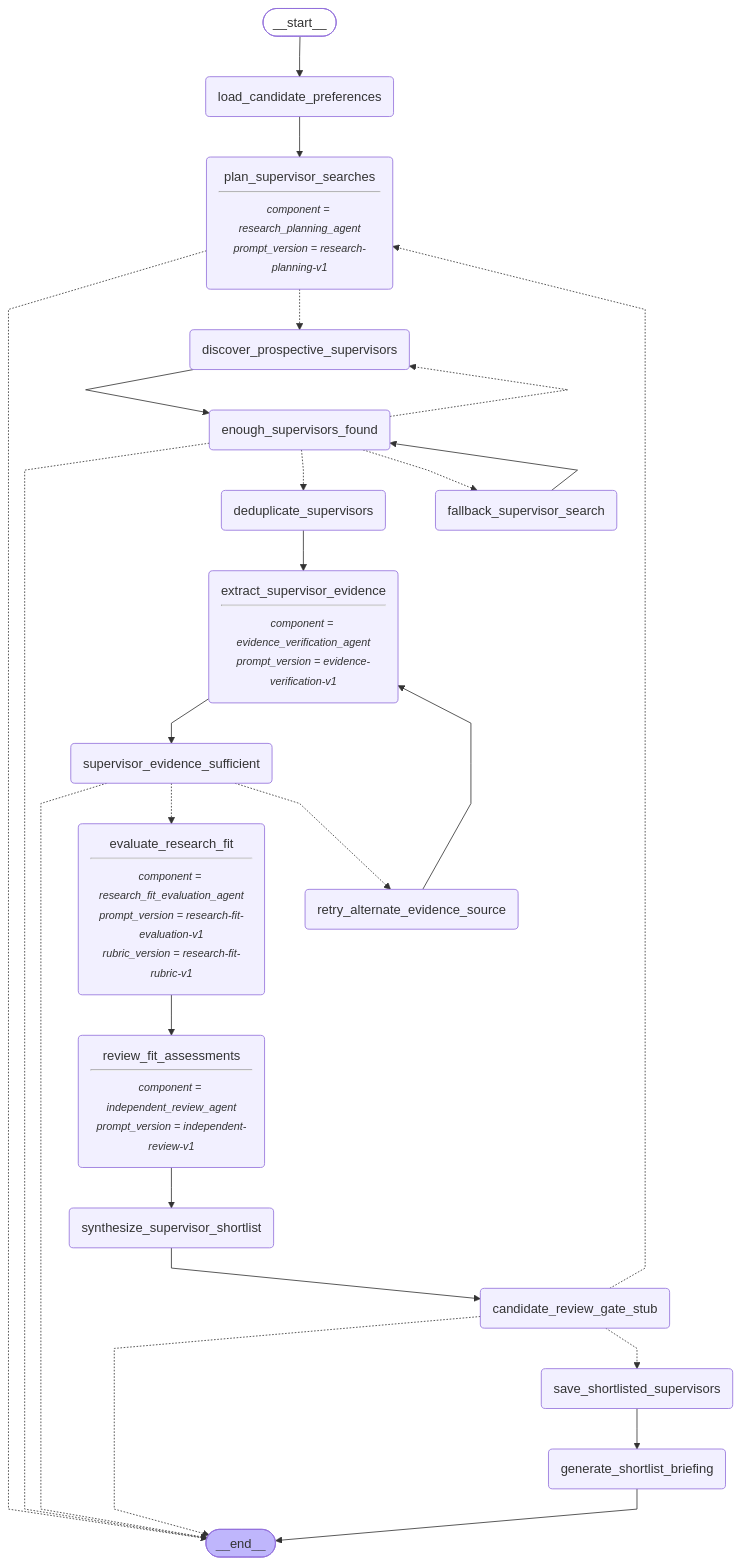
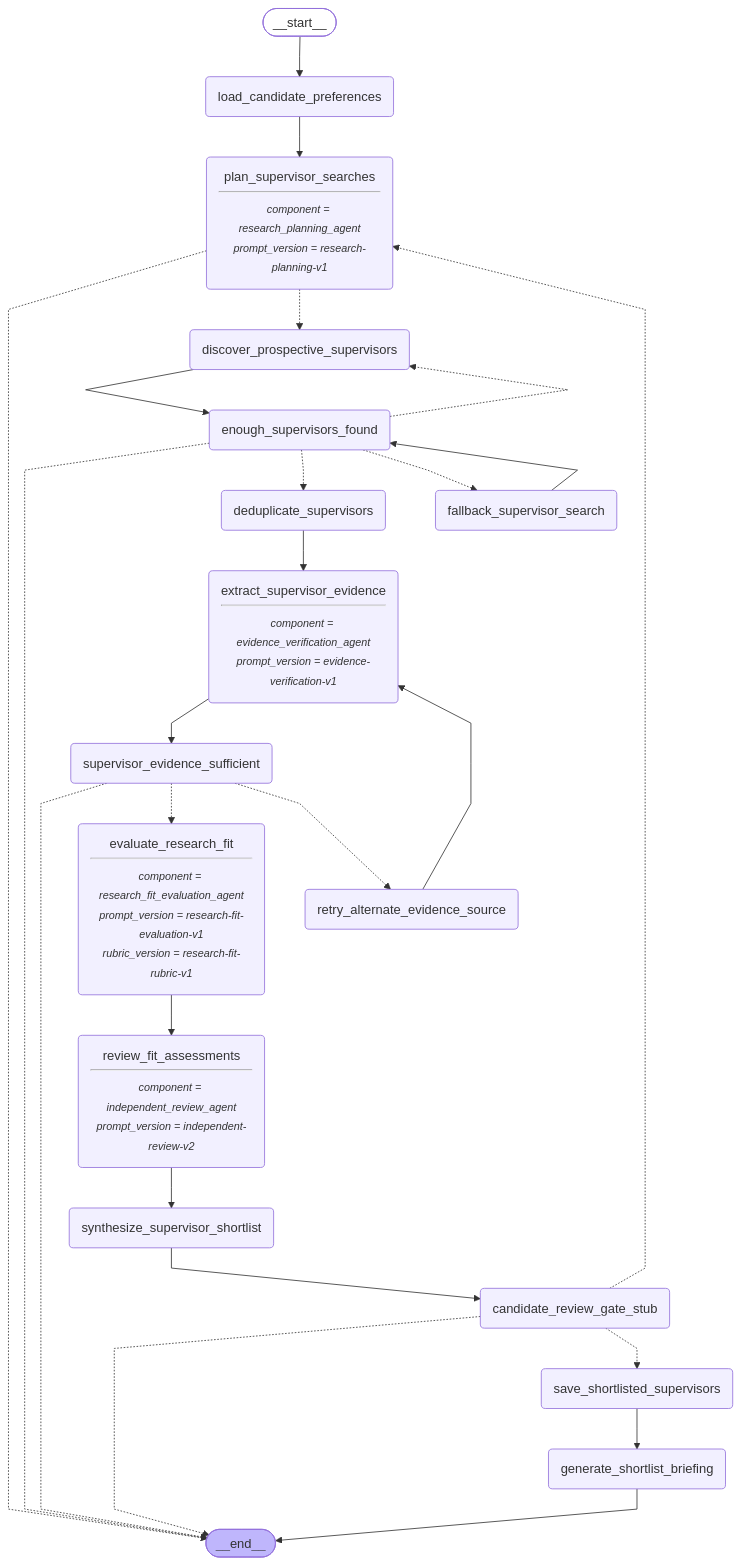
The diagram in projects/scholar-path/docs/m8-independent-review-graph.mmd (shanly-rajan/ai-builder), drawn with Mermaid before and after one commit. The commit also changed 11 other files, not shown here.

```diff
--- a/projects/scholar-path/docs/m8-independent-review-graph.mmd
+++ b/projects/scholar-path/docs/m8-independent-review-graph.mmd
@@ -1,55 +1,55 @@
 ---
 config:
   flowchart:
     curve: linear
 ---
 graph TD;
 	__start__([<p>__start__</p>]):::first
 	load_candidate_preferences(load_candidate_preferences)
 	plan_supervisor_searches(plan_supervisor_searches<hr/><small><em>component = research_planning_agent
 prompt_version = research-planning-v1</em></small>)
 	discover_prospective_supervisors(discover_prospective_supervisors)
 	enough_supervisors_found(enough_supervisors_found)
 	fallback_supervisor_search(fallback_supervisor_search)
 	deduplicate_supervisors(deduplicate_supervisors)
 	extract_supervisor_evidence(extract_supervisor_evidence<hr/><small><em>component = evidence_verification_agent
 prompt_version = evidence-verification-v1</em></small>)
 	supervisor_evidence_sufficient(supervisor_evidence_sufficient)
 	retry_alternate_evidence_source(retry_alternate_evidence_source)
 	evaluate_research_fit(evaluate_research_fit<hr/><small><em>component = research_fit_evaluation_agent
 prompt_version = research-fit-evaluation-v1
 rubric_version = research-fit-rubric-v1</em></small>)
 	review_fit_assessments(review_fit_assessments<hr/><small><em>component = independent_review_agent
-prompt_version = independent-review-v1</em></small>)
+prompt_version = independent-review-v2</em></small>)
 	synthesize_supervisor_shortlist(synthesize_supervisor_shortlist)
 	candidate_review_gate_stub(candidate_review_gate_stub)
 	save_shortlisted_supervisors(save_shortlisted_supervisors)
 	generate_shortlist_briefing(generate_shortlist_briefing)
 	__end__([<p>__end__</p>]):::last
 	__start__ --> load_candidate_preferences;
 	candidate_review_gate_stub -.-> __end__;
 	candidate_review_gate_stub -.-> plan_supervisor_searches;
 	candidate_review_gate_stub -.-> save_shortlisted_supervisors;
 	deduplicate_supervisors --> extract_supervisor_evidence;
 	discover_prospective_supervisors --> enough_supervisors_found;
 	enough_supervisors_found -.-> __end__;
 	enough_supervisors_found -.-> deduplicate_supervisors;
 	enough_supervisors_found -.-> discover_prospective_supervisors;
 	enough_supervisors_found -.-> fallback_supervisor_search;
 	evaluate_research_fit --> review_fit_assessments;
 	extract_supervisor_evidence --> supervisor_evidence_sufficient;
 	fallback_supervisor_search --> enough_supervisors_found;
 	load_candidate_preferences --> plan_supervisor_searches;
 	plan_supervisor_searches -.-> __end__;
 	plan_supervisor_searches -.-> discover_prospective_supervisors;
 	retry_alternate_evidence_source --> extract_supervisor_evidence;
 	review_fit_assessments --> synthesize_supervisor_shortlist;
 	save_shortlisted_supervisors --> generate_shortlist_briefing;
 	supervisor_evidence_sufficient -.-> __end__;
 	supervisor_evidence_sufficient -.-> evaluate_research_fit;
 	supervisor_evidence_sufficient -.-> retry_alternate_evidence_source;
 	synthesize_supervisor_shortlist --> candidate_review_gate_stub;
 	generate_shortlist_briefing --> __end__;
 	classDef default fill:#f2f0ff,line-height:1.2
 	classDef first fill-opacity:0
 	classDef last fill:#bfb6fc
```
